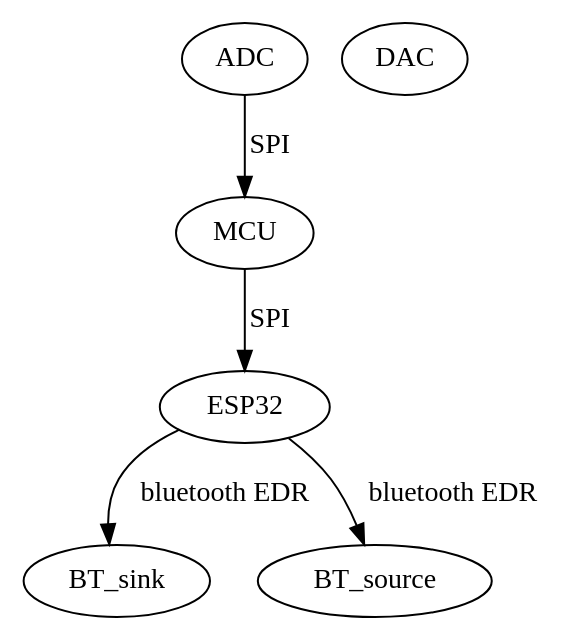
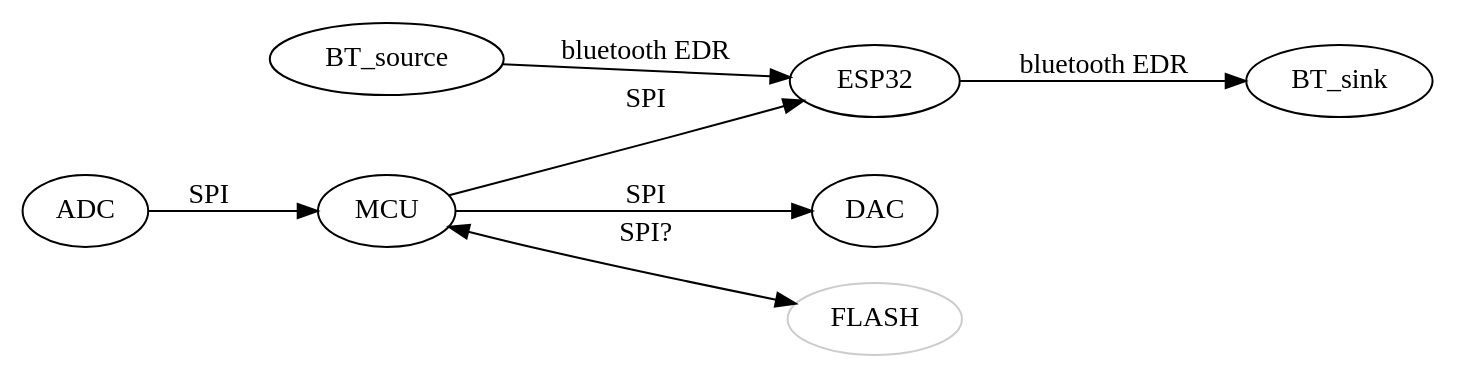
The diagram in graph/block.dot (chuck1/bluetooth_audio_source), drawn with Graphviz before and after one commit.

```diff
--- a/graph/block.dot
+++ b/graph/block.dot
@@ -1,17 +1,22 @@
 digraph
 {
-	dir=LR;	
+	rankdir=LR;	
 
 	ADC
 	MCU
 	ESP32
 	DAC
-	
+	BT_source
+	BT_sink
+	FLASH [color="#cccccc"];
+		
 	ADC -> MCU [label="SPI"];
 	MCU -> ESP32 [label="SPI"];
+	MCU -> DAC [label="SPI"];
+	MCU -> FLASH [label="SPI?";dir=both];
 
 	ESP32 -> BT_sink [label="bluetooth EDR"]
-	ESP32 -> BT_source [label="bluetooth EDR"]
+	BT_source -> ESP32 [label="bluetooth EDR"]
 	
 	
 }
```
